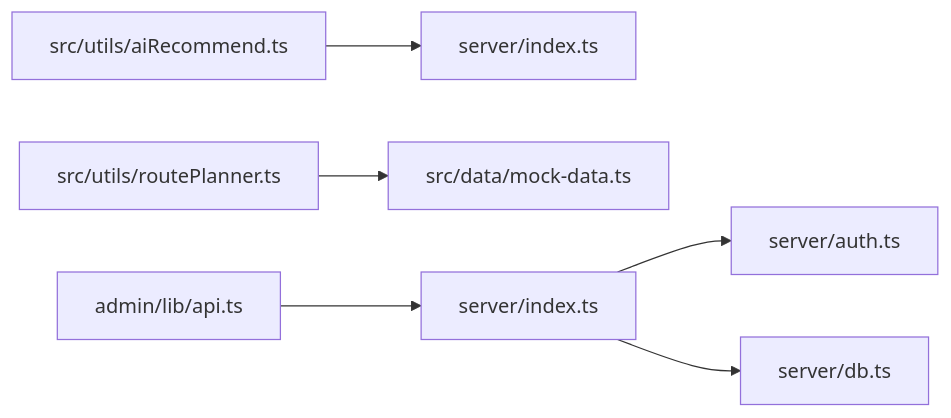
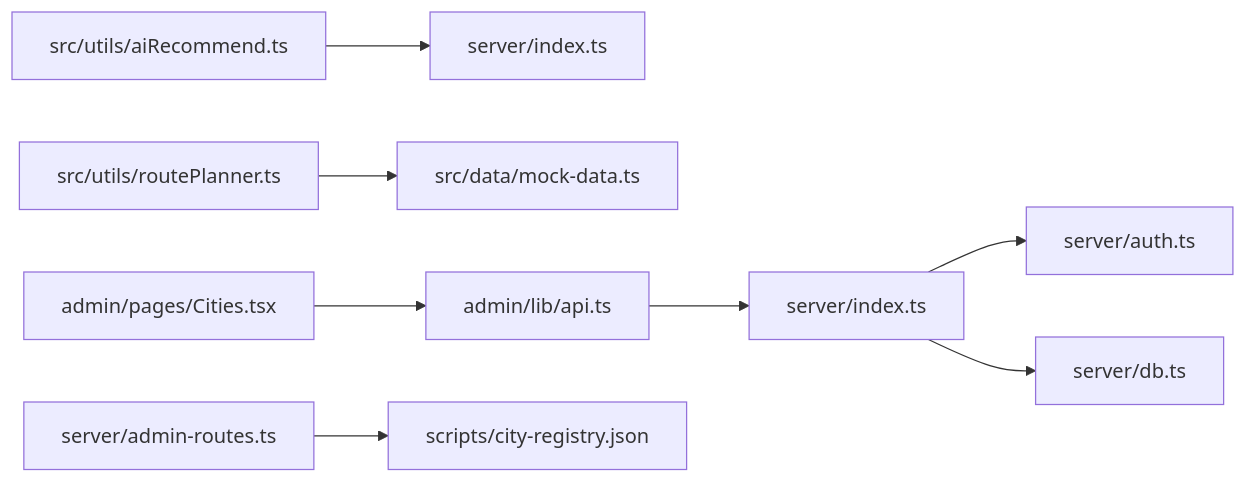
One commit to ititjjy/AITrip-plan changed the third of 3 diagrams in .qoder/repowiki/zh/content/API参考文档/客户端API.md. Above: the diagram before and after it, drawn with Mermaid. The commit also changed other lines of this file and 144 other files, not shown here.

First line of the commit message:
deploy: sync 37 cities POI data + latest code to server

````diff
--- a/.qoder/repowiki/zh/content/API参考文档/客户端API.md
+++ b/.qoder/repowiki/zh/content/API参考文档/客户端API.md
@@ -316,8 +367,10 @@
 ```mermaid
 graph LR
 A["src/utils/aiRecommend.ts"] --> B["server/index.ts"]
 C["src/utils/routePlanner.ts"] --> D["src/data/mock-data.ts"]
 E["server/index.ts"] --> F["server/auth.ts"]
 E --> G["server/db.ts"]
 H["admin/lib/api.ts"] --> E
+I["admin/pages/Cities.tsx"] --> H
+J["server/admin-routes.ts"] --> K["scripts/city-registry.json"]
 ```
````
